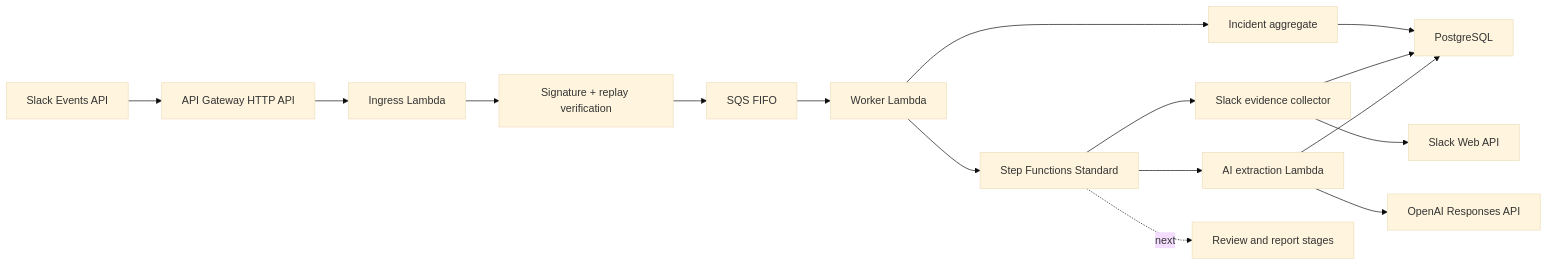
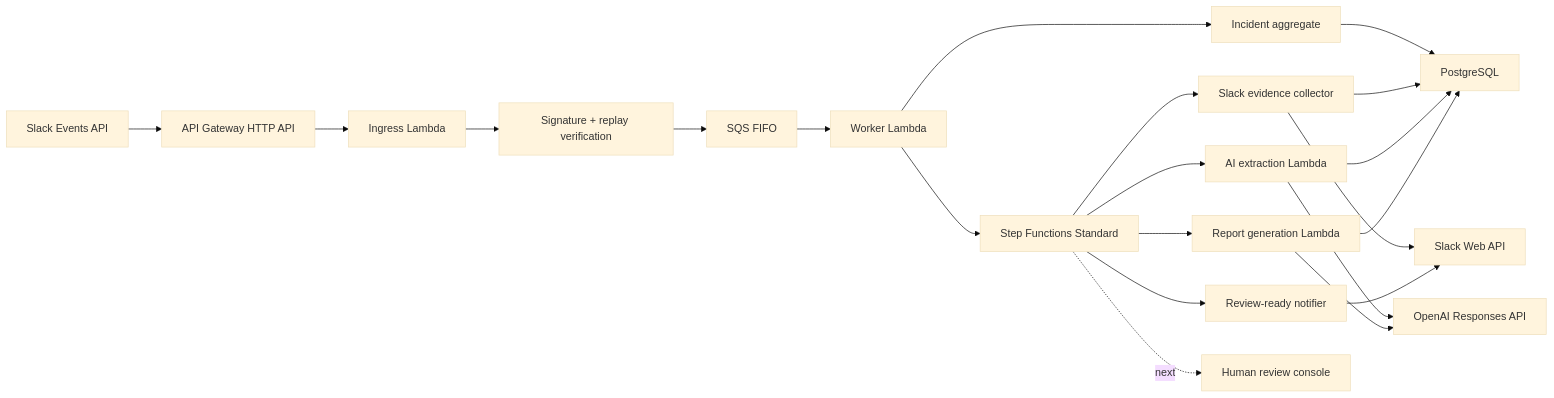
Before and after one commit to SharmaKunal14/slack-incidence-evidence: the diagram in README.md, drawn with Mermaid (base theme). The commit also changed other lines of this file and 41 other files, not shown here.

````diff
--- a/README.md
+++ b/README.md
@@ -60,18 +70,23 @@
 ```mermaid
 flowchart LR
     Slack["Slack Events API"] --> Gateway["API Gateway HTTP API"]
     Gateway --> API["Ingress Lambda"]
     API --> Verify["Signature + replay verification"]
     Verify --> SQS["SQS FIFO"]
     SQS --> Worker["Worker Lambda"]
     Worker --> Domain["Incident aggregate"]
     Domain --> Postgres["PostgreSQL"]
     Worker --> SFN["Step Functions Standard"]
     SFN --> Collector["Slack evidence collector"]
     Collector --> SlackAPI["Slack Web API"]
     Collector --> Postgres
     SFN --> Analyzer["AI extraction Lambda"]
     Analyzer --> OpenAI["OpenAI Responses API"]
     Analyzer --> Postgres
-    SFN -. "next" .-> Future["Review and report stages"]
+    SFN --> Reporter["Report generation Lambda"]
+    Reporter --> OpenAI
+    Reporter --> Postgres
+    SFN --> Notifier["Review-ready notifier"]
+    Notifier --> SlackAPI
+    SFN -. "next" .-> Future["Human review console"]
 ```
````
